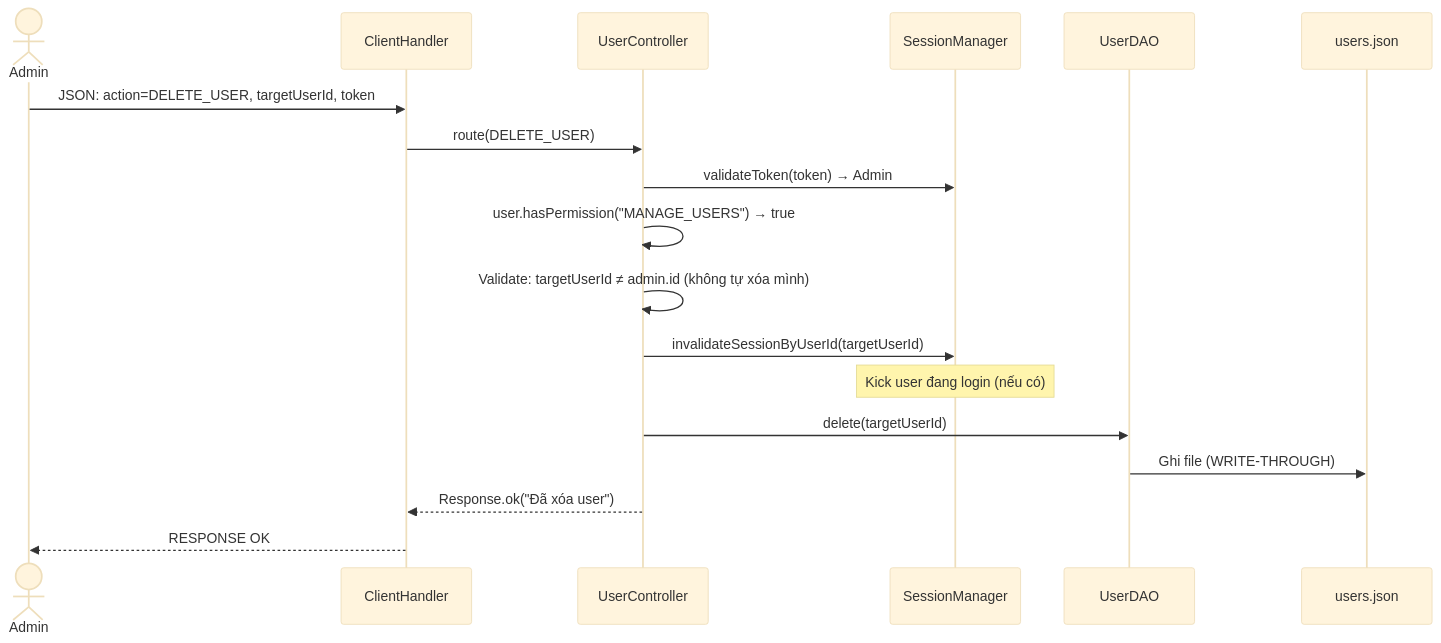
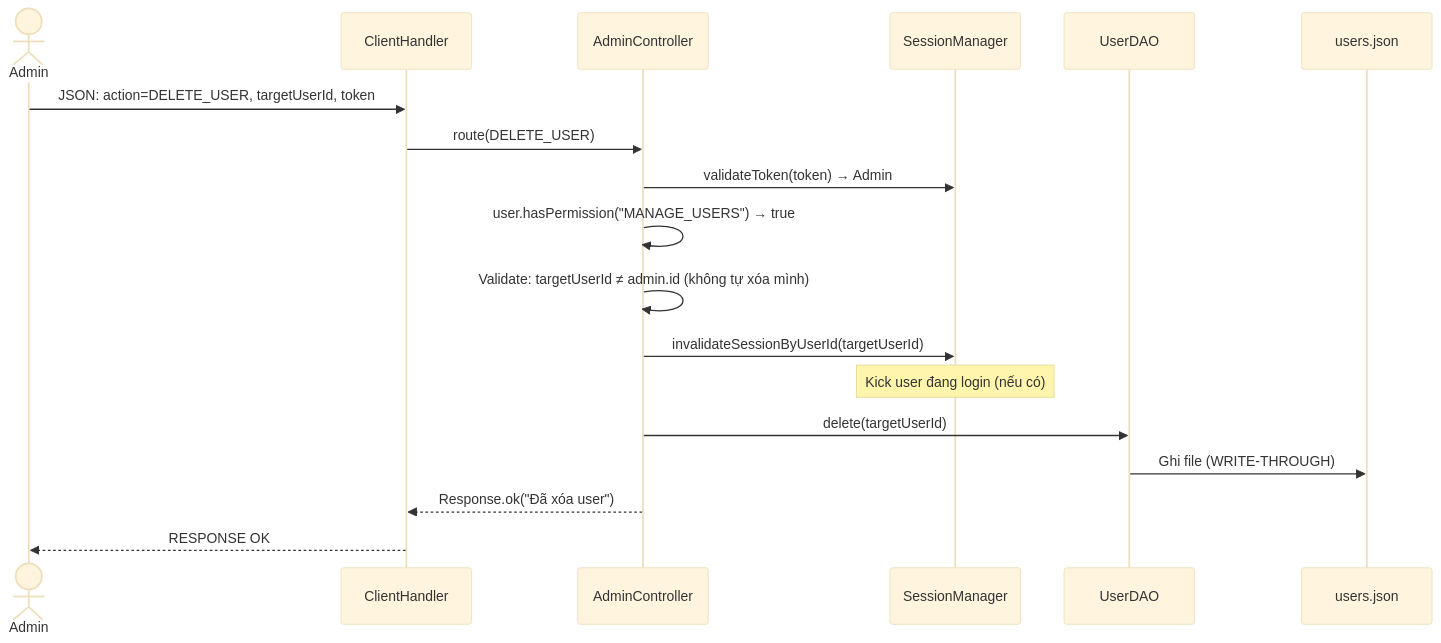
Before and after one commit to iTCuong090/AuctionUET: the third of 7 diagrams in docs/diagrams_flow_admin_user.md, drawn with Mermaid (base theme). The commit also changed other lines of this file and 107 other files, not shown here.

````diff
--- a/docs/diagrams_flow_admin_user.md
+++ b/docs/diagrams_flow_admin_user.md
@@ -83,24 +83,24 @@
 ```mermaid
 sequenceDiagram
     actor Admin
     participant CH as ClientHandler
-    participant UC as UserController
+    participant ADC as AdminController
     participant SM as SessionManager
     participant DAO as UserDAO
     participant JF as users.json
 
     Admin->>CH: JSON: action=DELETE_USER, targetUserId, token
-    CH->>UC: route(DELETE_USER)
-    UC->>SM: validateToken(token) → Admin
-    UC->>UC: user.hasPermission("MANAGE_USERS") → true
-    UC->>UC: Validate: targetUserId ≠ admin.id (không tự xóa mình)
+    CH->>ADC: route(DELETE_USER)
+    ADC->>SM: validateToken(token) → Admin
+    ADC->>ADC: user.hasPermission("MANAGE_USERS") → true
+    ADC->>ADC: Validate: targetUserId ≠ admin.id (không tự xóa mình)
 
-    UC->>SM: invalidateSessionByUserId(targetUserId)
+    ADC->>SM: invalidateSessionByUserId(targetUserId)
     Note over SM: Kick user đang login (nếu có)
 
-    UC->>DAO: delete(targetUserId)
+    ADC->>DAO: delete(targetUserId)
     DAO->>JF: Ghi file (WRITE-THROUGH)
 
-    UC-->>CH: Response.ok("Đã xóa user")
+    ADC-->>CH: Response.ok("Đã xóa user")
     CH-->>Admin: RESPONSE OK
 ```
````
